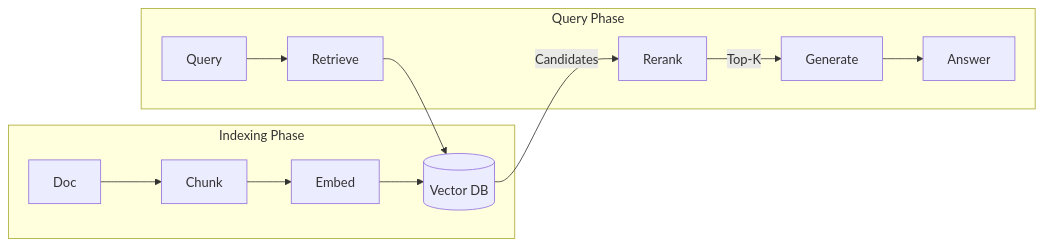
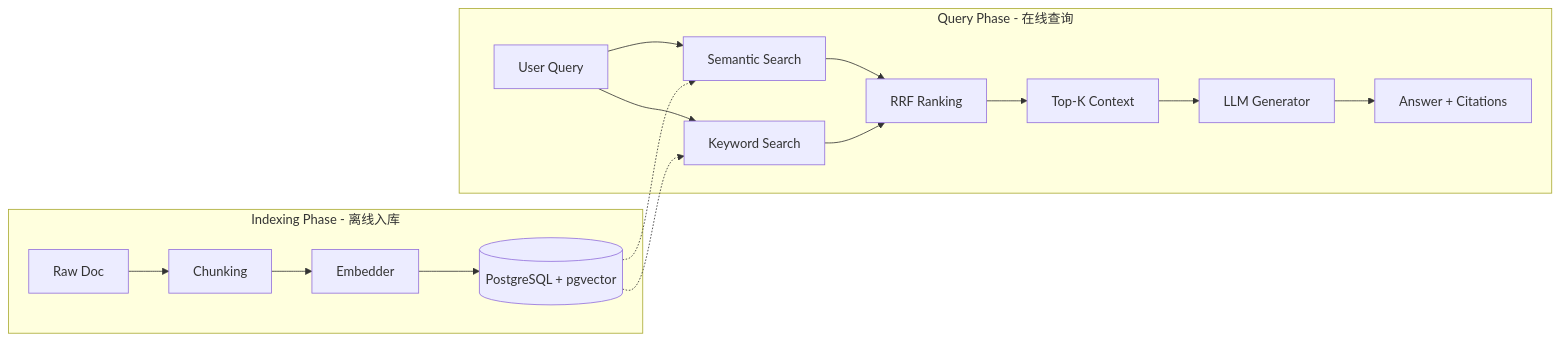
Diagram 12 of 12 in docs/engine/030-the-perception.md (ThreeFish-AI/agentic-ai-papers), drawn with Mermaid before and after one commit. The commit also changed other lines of this file, not shown here.

````diff
--- a/docs/engine/030-the-perception.md
+++ b/docs/engine/030-the-perception.md
@@ -1399,14 +1399,20 @@
 ```mermaid
 flowchart LR
-    subgraph Offline [Indexing Phase]
-        D[Doc] --> C[Chunk] --> E[Embed] --> V[(Vector DB)]
+    subgraph Offline [Indexing Phase - 离线入库]
+        D[Raw Doc] --> C[Chunking]
+        C --> E[Embedder]
+        E --> V[(PostgreSQL + pgvector)]
     end
 
-    subgraph Online [Query Phase]
-        Q[Query] --> R[Retrieve]
-        R --> V
-        V -- Candidates --> RK[Rerank]
-        RK -- Top-K --> G[Generate]
-        G --> A[Answer]
+    subgraph Online [Query Phase - 在线查询]
+        Q[User Query] --> SE[Semantic Search]
+        Q --> KS[Keyword Search]
+        SE & KS --> RRF[RRF Ranking]
+        RRF --> R[Top-K Context]
+        R --> G[LLM Generator]
+        G --> A[Answer + Citations]
     end
+
+    V -.-> SE
+    V -.-> KS
 ```
````
